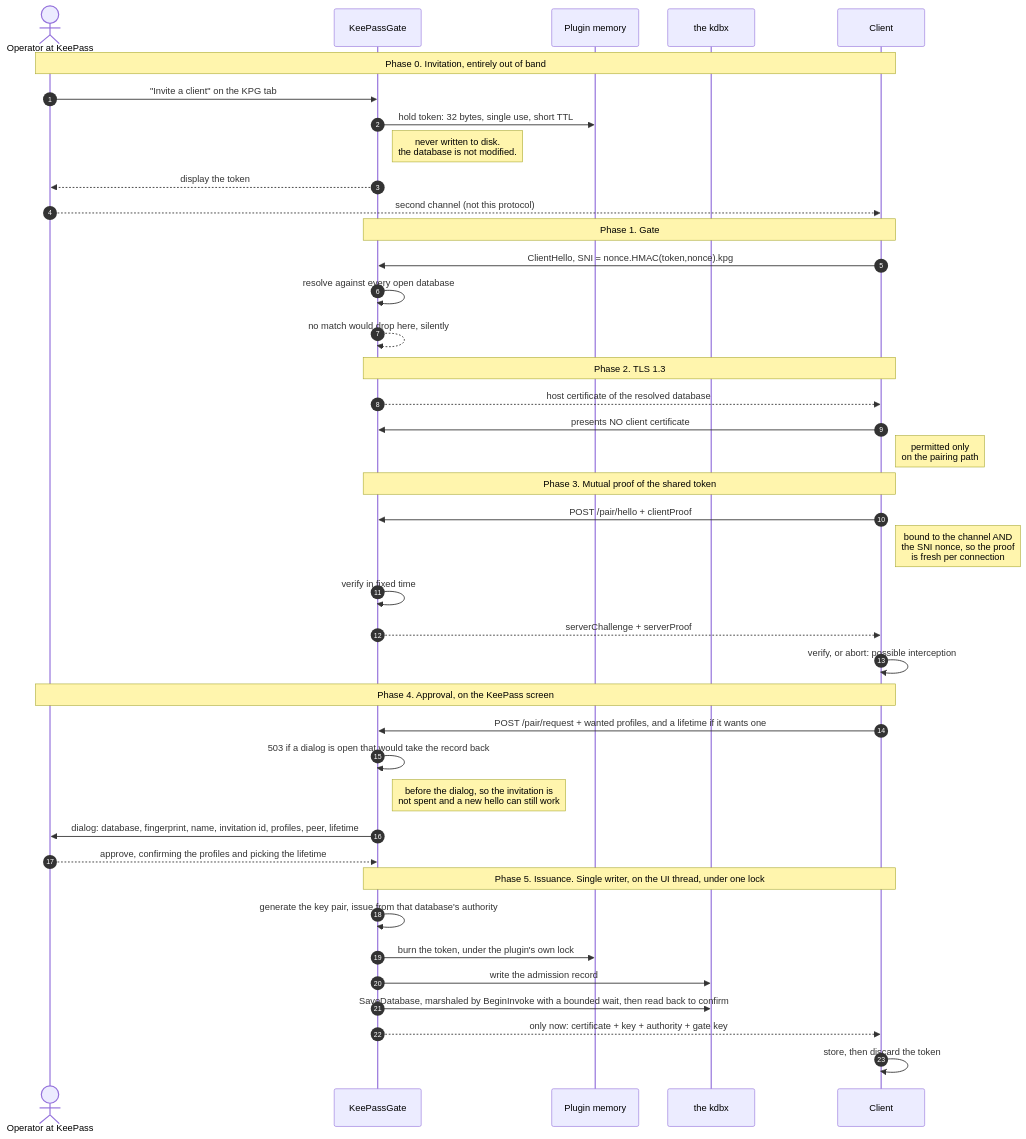
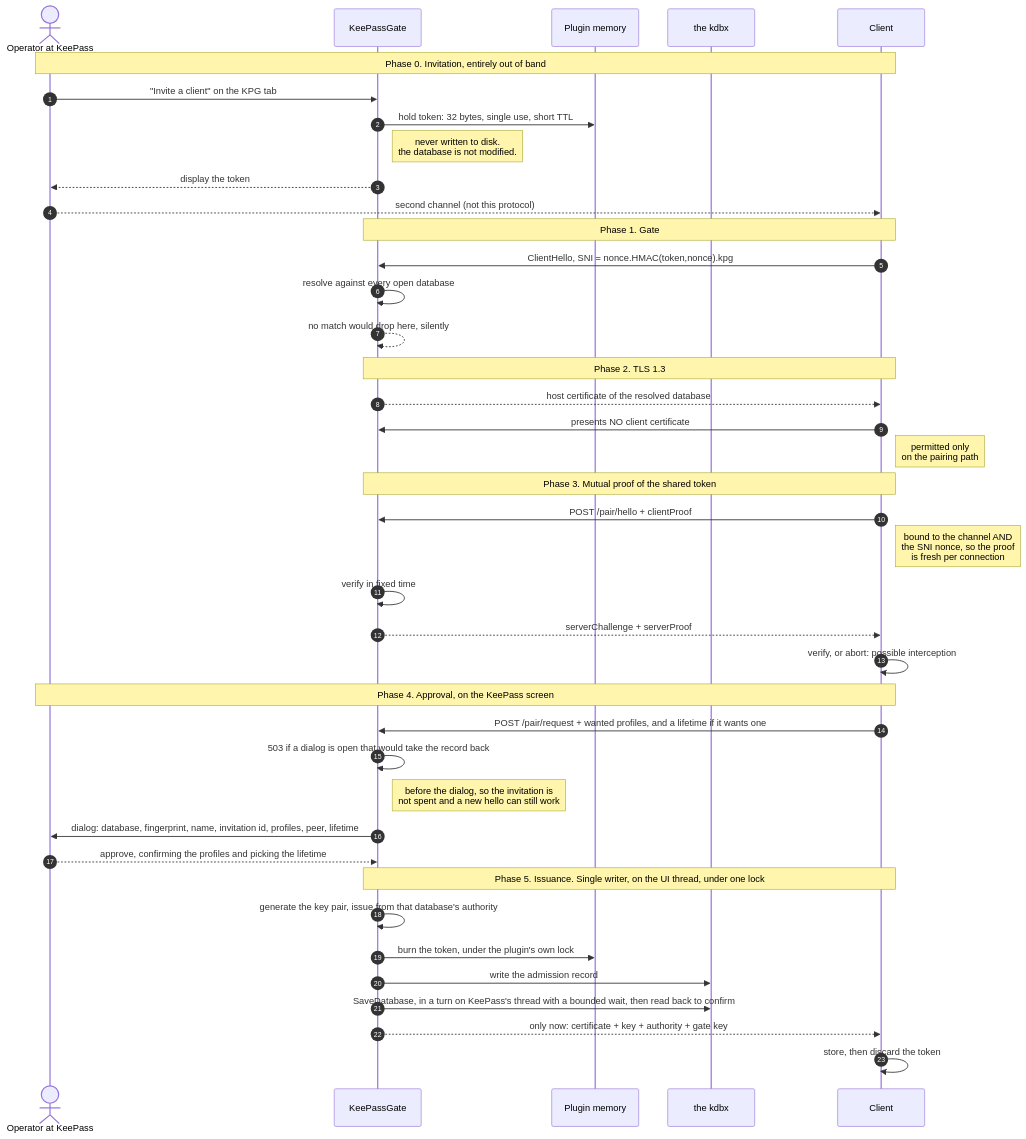
One commit to mfrnd/KeePassGate changed the second of 5 diagrams in PAIRING.md. Above: the diagram before and after it, drawn with Mermaid. The commit also changed other lines of this file and 21 other files, not shown here.

````diff
--- a/PAIRING.md
+++ b/PAIRING.md
@@ -75,48 +75,48 @@
 ```mermaid
 sequenceDiagram
     autonumber
     actor OP as Operator at KeePass
     participant KPG as KeePassGate
     participant MEM as Plugin memory
     participant DB as the kdbx
     participant CL as Client
 
     Note over OP,CL: Phase 0. Invitation, entirely out of band
     OP->>KPG: "Invite a client" on the KPG tab
     KPG->>MEM: hold token: 32 bytes, single use, short TTL
     Note right of KPG: never written to disk.<br/>the database is not modified.
     KPG-->>OP: display the token
     OP-->>CL: second channel (not this protocol)
 
     Note over KPG,CL: Phase 1. Gate
     CL->>KPG: ClientHello, SNI = nonce.HMAC(token,nonce).kpg
     KPG->>KPG: resolve against every open database
     KPG-->>KPG: no match would drop here, silently
 
     Note over KPG,CL: Phase 2. TLS 1.3
     KPG-->>CL: host certificate of the resolved database
     CL->>KPG: presents NO client certificate
     Note right of CL: permitted only<br/>on the pairing path
 
     Note over KPG,CL: Phase 3. Mutual proof of the shared token
     CL->>KPG: POST /pair/hello + clientProof
     Note right of CL: bound to the channel AND<br/>the SNI nonce, so the proof<br/>is fresh per connection
     KPG->>KPG: verify in fixed time
     KPG-->>CL: serverChallenge + serverProof
     CL->>CL: verify, or abort: possible interception
 
     Note over OP,CL: Phase 4. Approval, on the KeePass screen
     CL->>KPG: POST /pair/request + wanted profiles, and a lifetime if it wants one
     KPG->>KPG: 503 if a dialog is open that would take the record back
     Note right of KPG: before the dialog, so the invitation is<br/>not spent and a new hello can still work
     KPG->>OP: dialog: database, fingerprint, name, invitation id, profiles, peer, lifetime
     OP-->>KPG: approve, confirming the profiles and picking the lifetime
 
     Note over KPG,CL: Phase 5. Issuance. Single writer, on the UI thread, under one lock
     KPG->>KPG: generate the key pair, issue from that database's authority
     KPG->>MEM: burn the token, under the plugin's own lock
     KPG->>DB: write the admission record
-    KPG->>DB: SaveDatabase, marshaled by BeginInvoke with a bounded wait, then read back to confirm
+    KPG->>DB: SaveDatabase, in a turn on KeePass's thread with a bounded wait, then read back to confirm
     KPG-->>CL: only now: certificate + key + authority + gate key
     CL->>CL: store, then discard the token
 ```
````
